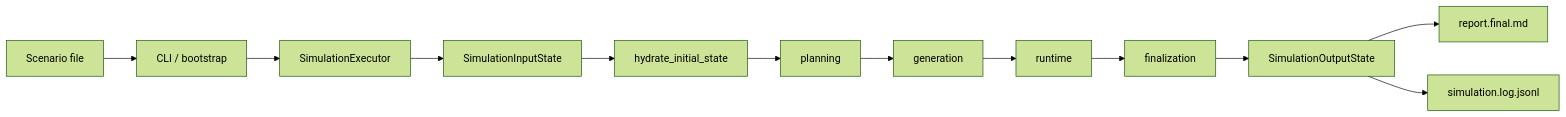
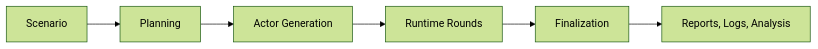
One commit to keonho-kim/simula changed the diagram in README.md. Above: the diagram before and after it, drawn with Mermaid (forest theme). The commit also changed other lines of this file and 513 other files, not shown here.

````diff
--- a/README.md
+++ b/README.md
@@ -126,14 +40,8 @@
 ```mermaid
 flowchart LR
-    Scenario["Scenario file"] --> CLI["CLI / bootstrap"]
-    CLI --> Executor["SimulationExecutor"]
-    Executor --> Input["SimulationInputState"]
-    Input --> Hydrate["hydrate_initial_state"]
-    Hydrate --> Planning["planning"]
-    Planning --> Generation["generation"]
-    Generation --> Runtime["runtime"]
-    Runtime --> Finalization["finalization"]
-    Finalization --> Output["SimulationOutputState"]
-    Output --> Report["report.final.md"]
-    Output --> Log["simulation.log.jsonl"]
+    Scenario["Scenario"] --> Planning["Planning"]
+    Planning --> Actors["Actor Generation"]
+    Actors --> Runtime["Runtime Rounds"]
+    Runtime --> Finalization["Finalization"]
+    Finalization --> Artifacts["Reports, Logs, Analysis"]
 ```
````
